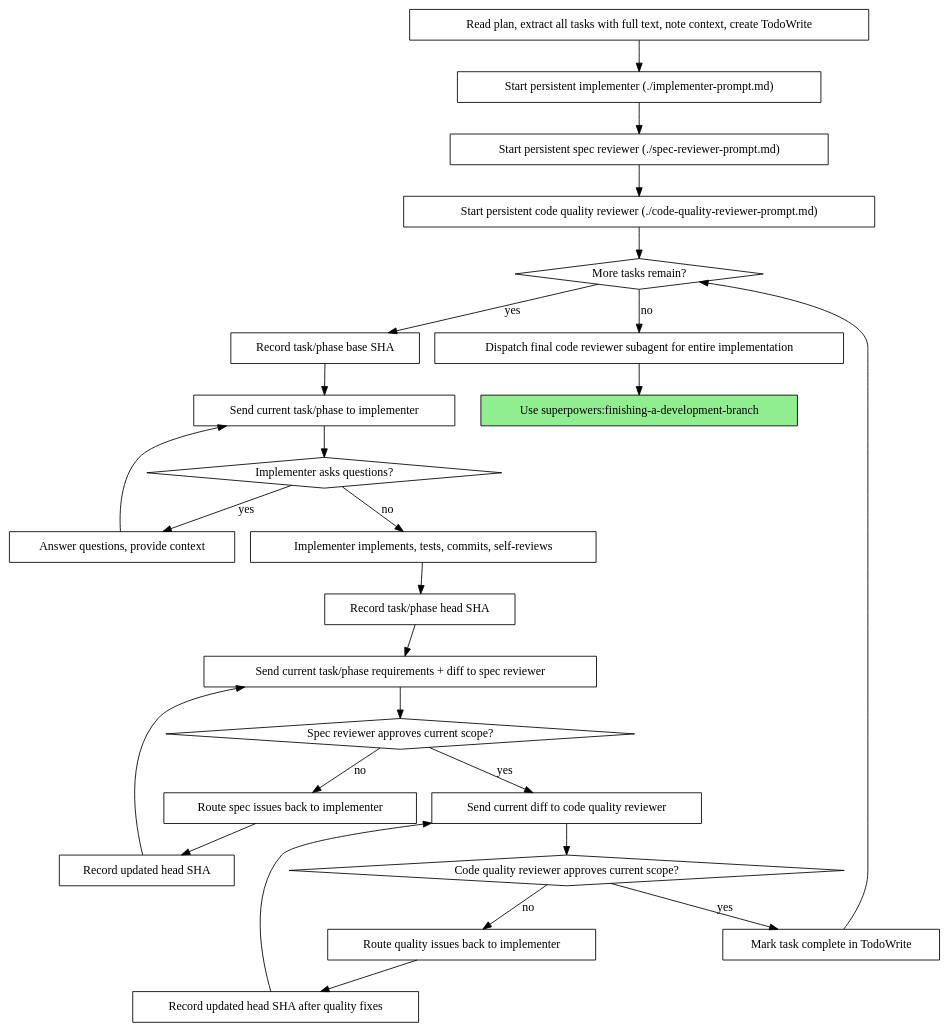
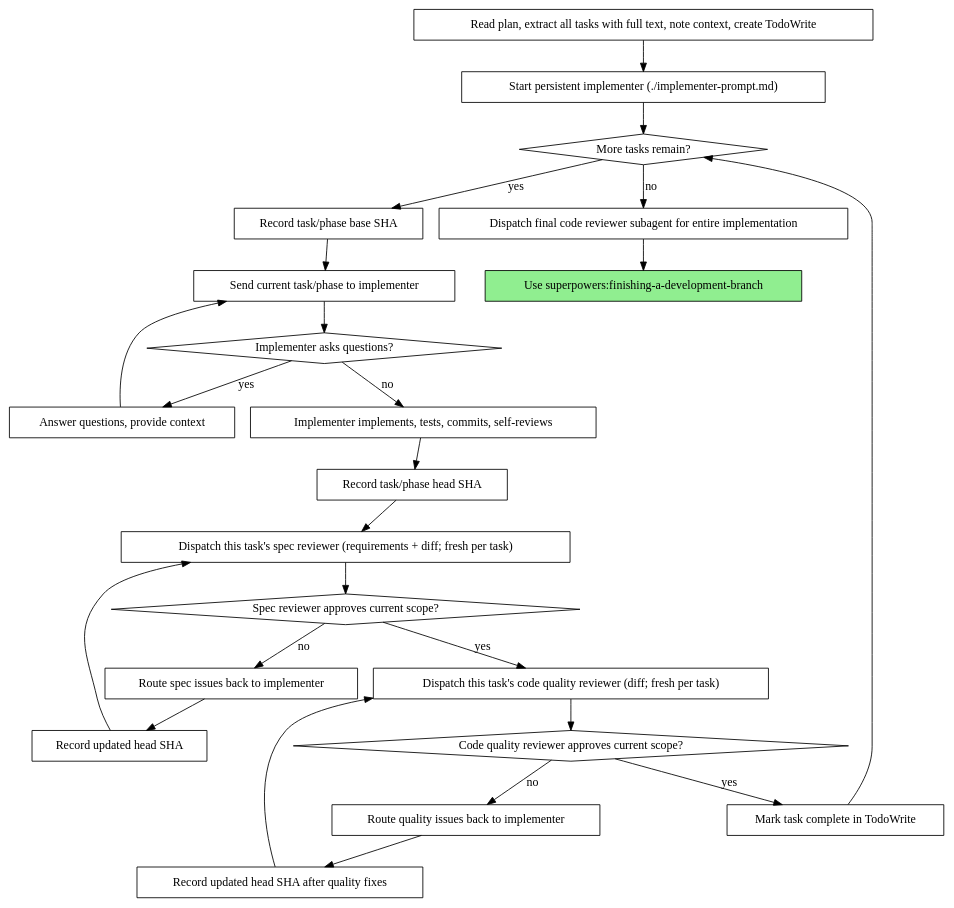
One commit to voidmind26/voidmind_plugin_market changed the second of 2 diagrams in plugins/betterpowers/skills/subagent-driven-development/SKILL.md. Above: the diagram before and after it, drawn with Graphviz. The commit also changed other lines of this file and 5 other files, not shown here.

````diff
--- a/plugins/betterpowers/skills/subagent-driven-development/SKILL.md
+++ b/plugins/betterpowers/skills/subagent-driven-development/SKILL.md
@@ -67,54 +67,50 @@
 ```dot
 digraph process {
     rankdir=TB;
 
     "Read plan, extract all tasks with full text, note context, create TodoWrite" [shape=box];
     "Start persistent implementer (./implementer-prompt.md)" [shape=box];
-    "Start persistent spec reviewer (./spec-reviewer-prompt.md)" [shape=box];
-    "Start persistent code quality reviewer (./code-quality-reviewer-prompt.md)" [shape=box];
     "More tasks remain?" [shape=diamond];
     "Record task/phase base SHA" [shape=box];
     "Send current task/phase to implementer" [shape=box];
     "Implementer asks questions?" [shape=diamond];
     "Answer questions, provide context" [shape=box];
     "Implementer implements, tests, commits, self-reviews" [shape=box];
     "Record task/phase head SHA" [shape=box];
-    "Send current task/phase requirements + diff to spec reviewer" [shape=box];
+    "Dispatch this task's spec reviewer (requirements + diff; fresh per task)" [shape=box];
     "Spec reviewer approves current scope?" [shape=diamond];
     "Route spec issues back to implementer" [shape=box];
     "Record updated head SHA" [shape=box];
-    "Send current diff to code quality reviewer" [shape=box];
+    "Dispatch this task's code quality reviewer (diff; fresh per task)" [shape=box];
     "Code quality reviewer approves current scope?" [shape=diamond];
     "Route quality issues back to implementer" [shape=box];
     "Record updated head SHA after quality fixes" [shape=box];
     "Mark task complete in TodoWrite" [shape=box];
     "Dispatch final code reviewer subagent for entire implementation" [shape=box];
     "Use superpowers:finishing-a-development-branch" [shape=box style=filled fillcolor=lightgreen];
 
     "Read plan, extract all tasks with full text, note context, create TodoWrite" -> "Start persistent implementer (./implementer-prompt.md)";
-    "Start persistent implementer (./implementer-prompt.md)" -> "Start persistent spec reviewer (./spec-reviewer-prompt.md)";
-    "Start persistent spec reviewer (./spec-reviewer-prompt.md)" -> "Start persistent code quality reviewer (./code-quality-reviewer-prompt.md)";
-    "Start persistent code quality reviewer (./code-quality-reviewer-prompt.md)" -> "More tasks remain?";
+    "Start persistent implementer (./implementer-prompt.md)" -> "More tasks remain?";
     "More tasks remain?" -> "Record task/phase base SHA" [label="yes"];
     "More tasks remain?" -> "Dispatch final code reviewer subagent for entire implementation" [label="no"];
     "Record task/phase base SHA" -> "Send current task/phase to implementer";
     "Send current task/phase to implementer" -> "Implementer asks questions?";
     "Implementer asks questions?" -> "Answer questions, provide context" [label="yes"];
     "Answer questions, provide context" -> "Send current task/phase to implementer";
     "Implementer asks questions?" -> "Implementer implements, tests, commits, self-reviews" [label="no"];
     "Implementer implements, tests, commits, self-reviews" -> "Record task/phase head SHA";
-    "Record task/phase head SHA" -> "Send current task/phase requirements + diff to spec reviewer";
-    "Send current task/phase requirements + diff to spec reviewer" -> "Spec reviewer approves current scope?";
+    "Record task/phase head SHA" -> "Dispatch this task's spec reviewer (requirements + diff; fresh per task)";
+    "Dispatch this task's spec reviewer (requirements + diff; fresh per task)" -> "Spec reviewer approves current scope?";
     "Spec reviewer approves current scope?" -> "Route spec issues back to implementer" [label="no"];
     "Route spec issues back to implementer" -> "Record updated head SHA";
-    "Record updated head SHA" -> "Send current task/phase requirements + diff to spec reviewer";
-    "Spec reviewer approves current scope?" -> "Send current diff to code quality reviewer" [label="yes"];
-    "Send current diff to code quality reviewer" -> "Code quality reviewer approves current scope?";
+    "Record updated head SHA" -> "Dispatch this task's spec reviewer (requirements + diff; fresh per task)";
+    "Spec reviewer approves current scope?" -> "Dispatch this task's code quality reviewer (diff; fresh per task)" [label="yes"];
+    "Dispatch this task's code quality reviewer (diff; fresh per task)" -> "Code quality reviewer approves current scope?";
     "Code quality reviewer approves current scope?" -> "Route quality issues back to implementer" [label="no"];
     "Route quality issues back to implementer" -> "Record updated head SHA after quality fixes";
-    "Record updated head SHA after quality fixes" -> "Send current diff to code quality reviewer";
+    "Record updated head SHA after quality fixes" -> "Dispatch this task's code quality reviewer (diff; fresh per task)";
     "Code quality reviewer approves current scope?" -> "Mark task complete in TodoWrite" [label="yes"];
     "Mark task complete in TodoWrite" -> "More tasks remain?";
     "Dispatch final code reviewer subagent for entire implementation" -> "Use superpowers:finishing-a-development-branch";
 }
 ```
````
